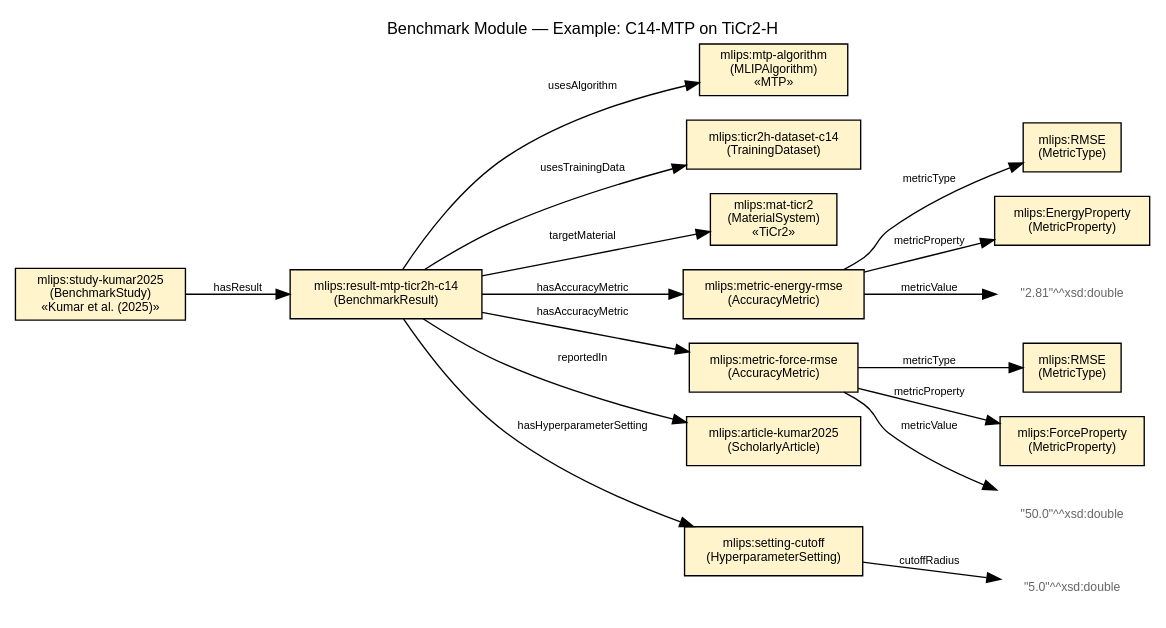
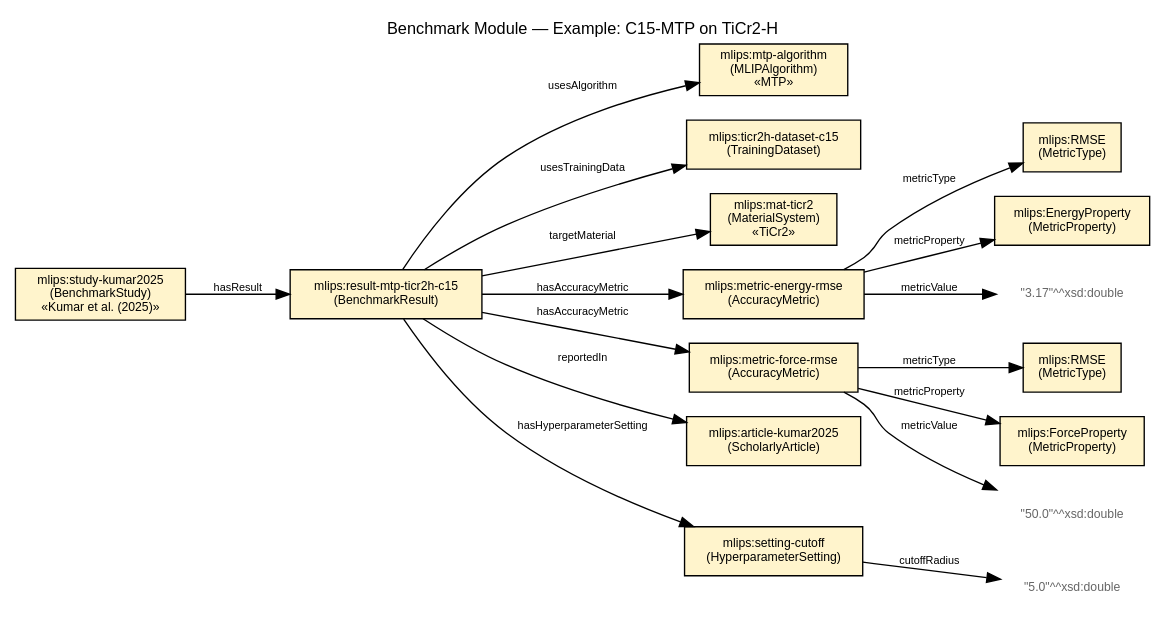
The diagram in artifacts/figures/mlips-benchmark-example.dot (danielhz/mlips-ontology), drawn with Graphviz before and after one commit. The commit also changed 11 other files, not shown here.

First line of the commit message:
Switch running example from C14 hexagonal to C15 cubic (Fig. 1 consistency)

```diff
--- a/artifacts/figures/mlips-benchmark-example.dot
+++ b/artifacts/figures/mlips-benchmark-example.dot
@@ -1,41 +1,41 @@
 digraph mlips_benchmark_example {
 rankdir=LR;
 fontname="Helvetica";
 fontsize=10;
 node [fontname="Helvetica", fontsize=9];
 edge [fontname="Helvetica", fontsize=8];
 
-  label="Benchmark Module — Example: C14-MTP on TiCr2-H";
+  label="Benchmark Module — Example: C15-MTP on TiCr2-H";
   labelloc=t; fontsize=12;
   study [label="mlips:study-kumar2025\n(BenchmarkStudy)\n«Kumar et al. (2025)»", shape=box, style="filled", fillcolor="#fff4cc"];
-  result [label="mlips:result-mtp-ticr2h-c14\n(BenchmarkResult)", shape=box, style="filled", fillcolor="#fff4cc"];
+  result [label="mlips:result-mtp-ticr2h-c15\n(BenchmarkResult)", shape=box, style="filled", fillcolor="#fff4cc"];
   algo [label="mlips:mtp-algorithm\n(MLIPAlgorithm)\n«MTP»", shape=box, style="filled", fillcolor="#fff4cc"];
-  ds [label="mlips:ticr2h-dataset-c14\n(TrainingDataset)", shape=box, style="filled", fillcolor="#fff4cc"];
+  ds [label="mlips:ticr2h-dataset-c15\n(TrainingDataset)", shape=box, style="filled", fillcolor="#fff4cc"];
   mat [label="mlips:mat-ticr2\n(MaterialSystem)\n«TiCr2»", shape=box, style="filled", fillcolor="#fff4cc"];
   metric_e [label="mlips:metric-energy-rmse\n(AccuracyMetric)", shape=box, style="filled", fillcolor="#fff4cc"];
   metric_f [label="mlips:metric-force-rmse\n(AccuracyMetric)", shape=box, style="filled", fillcolor="#fff4cc"];
   mt_rmse [label="mlips:RMSE\n(MetricType)", shape=box, style="filled", fillcolor="#fff4cc"];
   mt_rmse_f [label="mlips:RMSE\n(MetricType)", shape=box, style="filled", fillcolor="#fff4cc"];
   mp_energy [label="mlips:EnergyProperty\n(MetricProperty)", shape=box, style="filled", fillcolor="#fff4cc"];
   mp_force [label="mlips:ForceProperty\n(MetricProperty)", shape=box, style="filled", fillcolor="#fff4cc"];
   article [label="mlips:article-kumar2025\n(ScholarlyArticle)", shape=box, style="filled", fillcolor="#fff4cc"];
   setting_c [label="mlips:setting-cutoff\n(HyperparameterSetting)", shape=box, style="filled", fillcolor="#fff4cc"];
-  l_val_e [label="\"2.81\"^^xsd:double", shape=plaintext, fontcolor="#666666"];
+  l_val_e [label="\"3.17\"^^xsd:double", shape=plaintext, fontcolor="#666666"];
   l_val_f [label="\"50.0\"^^xsd:double", shape=plaintext, fontcolor="#666666"];
   l_cutoff [label="\"5.0\"^^xsd:double", shape=plaintext, fontcolor="#666666"];
   study -> result [label="hasResult"];
   result -> algo [label="usesAlgorithm"];
   result -> ds [label="usesTrainingData"];
   result -> mat [label="targetMaterial"];
   result -> metric_e [label="hasAccuracyMetric"];
   result -> metric_f [label="hasAccuracyMetric"];
   result -> setting_c [label="hasHyperparameterSetting"];
   result -> article [label="reportedIn"];
   metric_e -> mt_rmse [label="metricType"];
   metric_e -> mp_energy [label="metricProperty"];
   metric_e -> l_val_e [label="metricValue"];
   metric_f -> mt_rmse_f [label="metricType"];
   metric_f -> mp_force [label="metricProperty"];
   metric_f -> l_val_f [label="metricValue"];
   setting_c -> l_cutoff [label="cutoffRadius"];
 }
```
